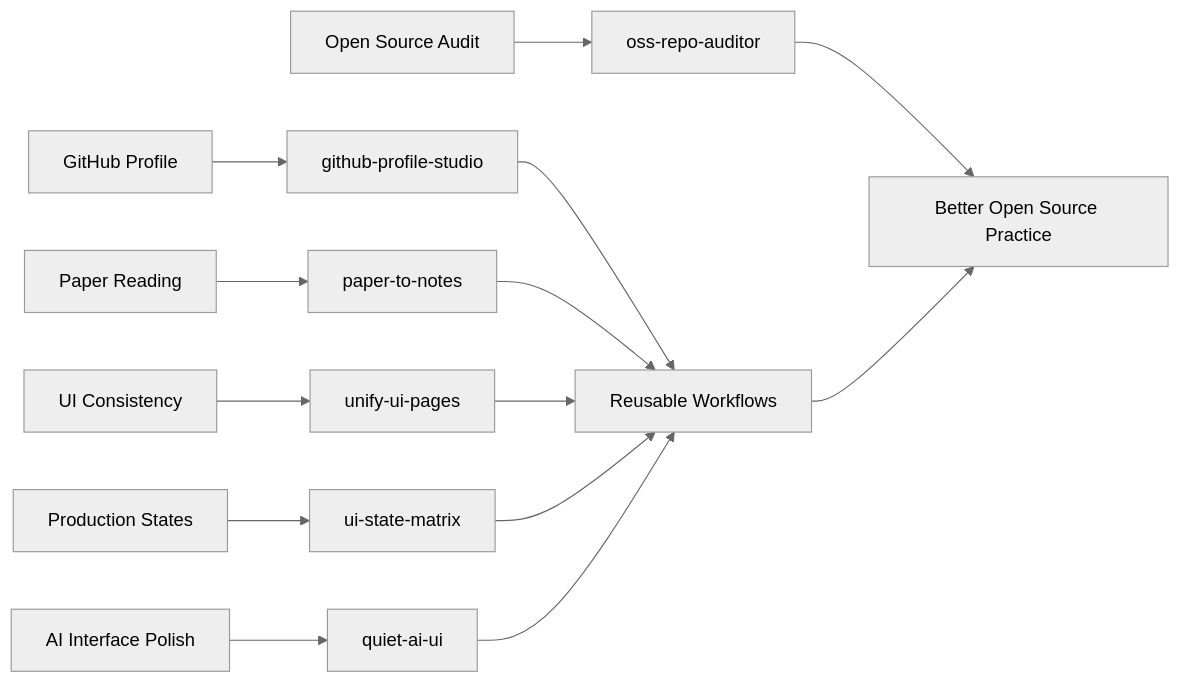
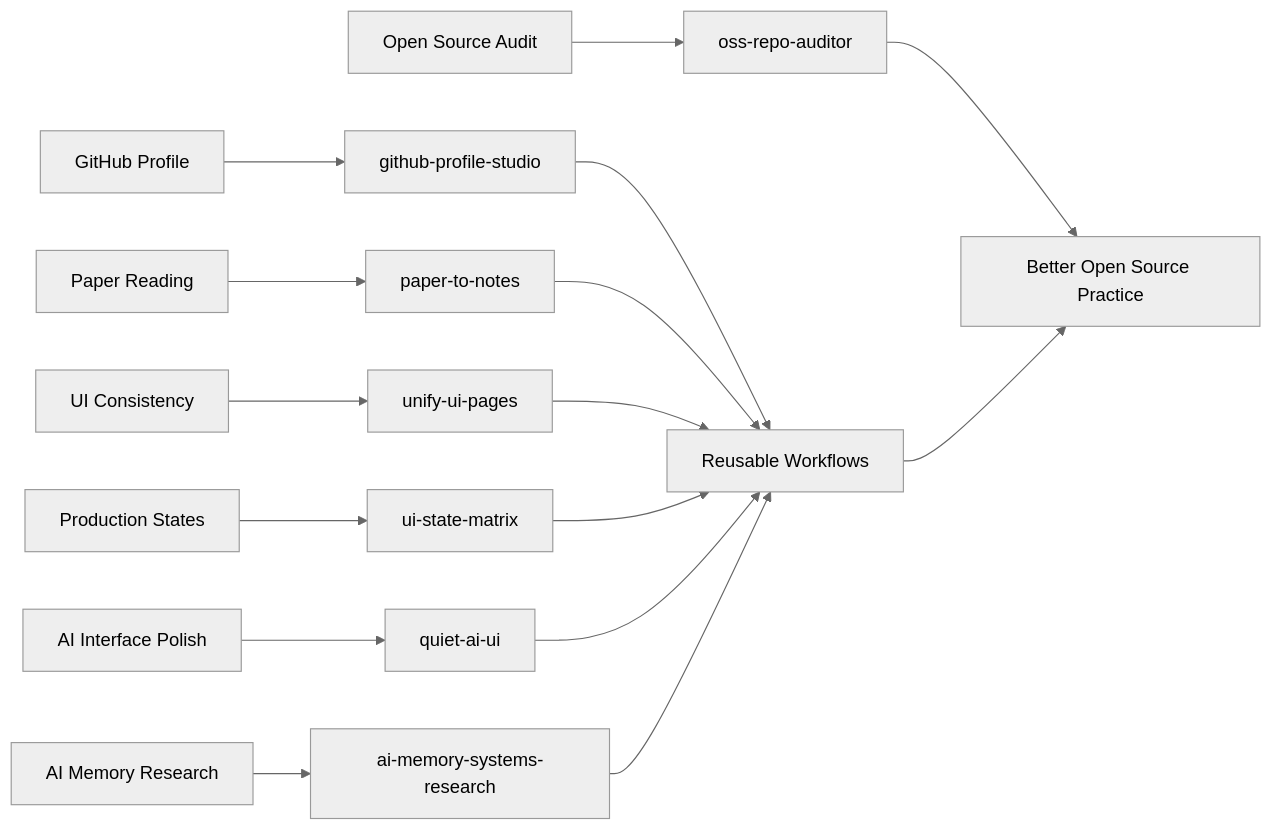
The diagram in README.md (AuGa7/AuGa7), drawn with Mermaid (neutral theme) before and after one commit. The commit also changed other lines of this file, not shown here.

Commit message:
Add AI memory research to profile

````diff
--- a/README.md
+++ b/README.md
@@ -195,16 +207,18 @@
 ```mermaid
 flowchart LR
+  O["AI Memory Research"] --> P["ai-memory-systems-research"]
   M["Open Source Audit"] --> N["oss-repo-auditor"]
   K["GitHub Profile"] --> L["github-profile-studio"]
   A["Paper Reading"] --> B["paper-to-notes"]
   C["UI Consistency"] --> D["unify-ui-pages"]
   E["Production States"] --> F["ui-state-matrix"]
   G["AI Interface Polish"] --> H["quiet-ai-ui"]
   L --> I["Reusable Workflows"]
   B --> I["Reusable Workflows"]
   D --> I
   F --> I
   H --> I
+  P --> I
   N --> J["Better Open Source Practice"]
   I --> J["Better Open Source Practice"]
 ```
````
